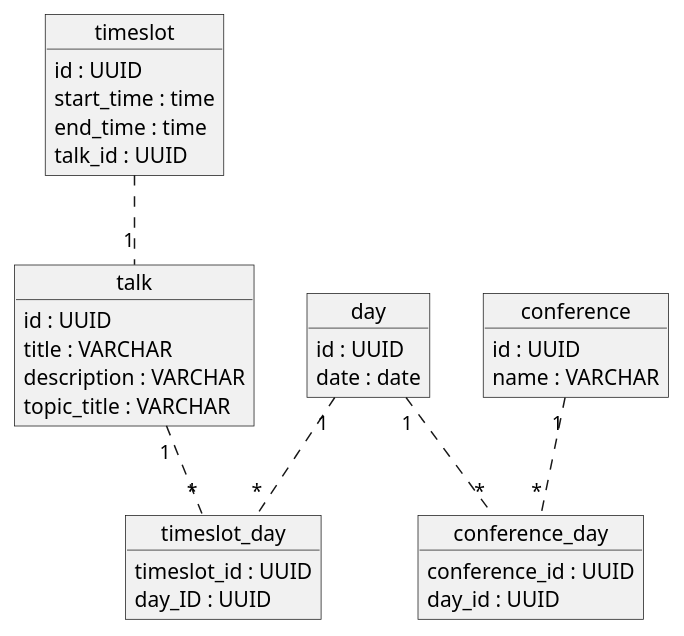
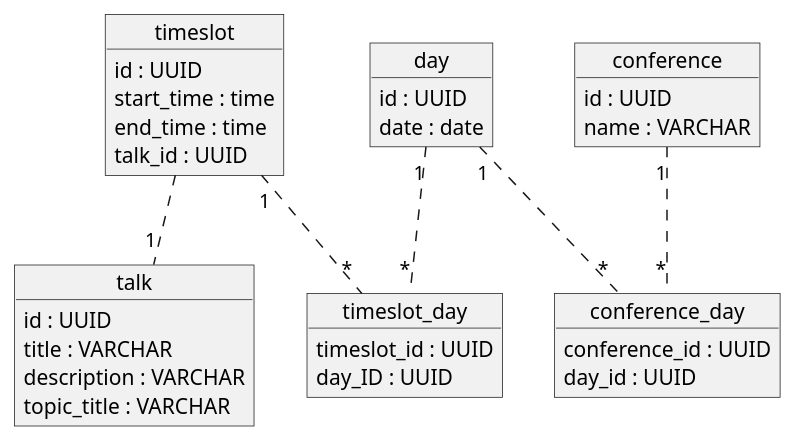
One commit to Westerdals/pgr200-eksamen-tordjon changed the diagram in diagrams/database/database.puml. Above: the diagram before and after it, drawn with PlantUML. The commit also changed 1 other file, not shown here.

Commit message:
redid database-diagram

```diff
--- a/diagrams/database/database.puml
+++ b/diagrams/database/database.puml
@@ -1,45 +1,45 @@
-@startuml Arbeidskrav 2
+@startuml Database
 
     object talk {
         id : UUID 
         title : VARCHAR 
         description : VARCHAR 
         topic_title : VARCHAR 
     }
 
     object timeslot {
         id : UUID
         start_time : time 
         end_time : time 
         talk_id : UUID 
     }
 
     object conference {
         id : UUID 
         name : VARCHAR
     }
 
     object day {
         id : UUID 
         date : date 
     }
 
     object timeslot_day {
         timeslot_id : UUID 
         day_ID : UUID 
     }
 
 
     object conference_day {
         conference_id : UUID 
         day_id : UUID 
     }
 
-    talk "1" .. "*" timeslot_day
-    day "1"  .. "*" timeslot_day
+    day "1" .. "*" timeslot_day
+    timeslot "1"  .. "*" timeslot_day
 
     conference "1" .. "*" conference_day
     day "1"        .. "*" conference_day
     
     timeslot .. "1" talk
 @enduml
```
